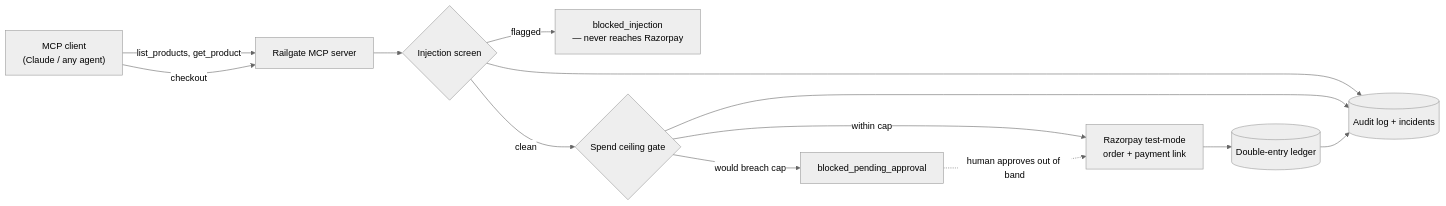
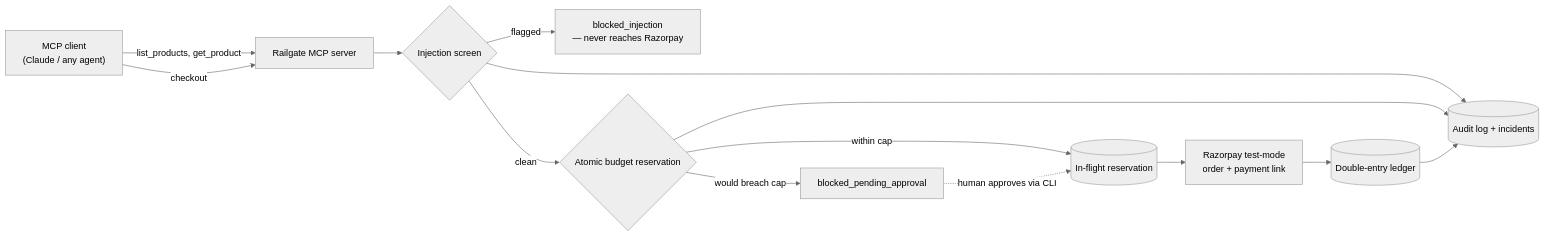
One commit to divyanshAgarwal123/railgate changed the diagram in ARCHITECTURE.md. Above: the diagram before and after it, drawn with Mermaid (neutral theme). The commit also changed other lines of this file and 16 other files, not shown here.

First line of the commit message:
Harden Track 01 submission with atomic spend reservations

````diff
--- a/ARCHITECTURE.md
+++ b/ARCHITECTURE.md
@@ -14,15 +14,16 @@
 ```mermaid
 flowchart LR
     Agent["MCP client\n(Claude / any agent)"] -->|list_products, get_product| MCP[Railgate MCP server]
     Agent -->|checkout| MCP
     MCP --> Screen{Injection screen}
     Screen -->|flagged| Blocked1[blocked_injection\n— never reaches Razorpay]
-    Screen -->|clean| Gate{Spend ceiling gate}
+    Screen -->|clean| Gate{Atomic budget reservation}
     Gate -->|would breach cap| Pending[blocked_pending_approval]
-    Gate -->|within cap| RZP[Razorpay test-mode\norder + payment link]
-    Pending -. human approves out of band .-> RZP
+    Gate -->|within cap| Reserve[(In-flight reservation)]
+    Reserve --> RZP[Razorpay test-mode\norder + payment link]
+    Pending -. human approves via CLI .-> Reserve
     RZP --> Ledger[(Double-entry ledger)]
     Screen --> Audit[(Audit log + incidents)]
     Gate --> Audit
     Ledger --> Audit
 ```
````
